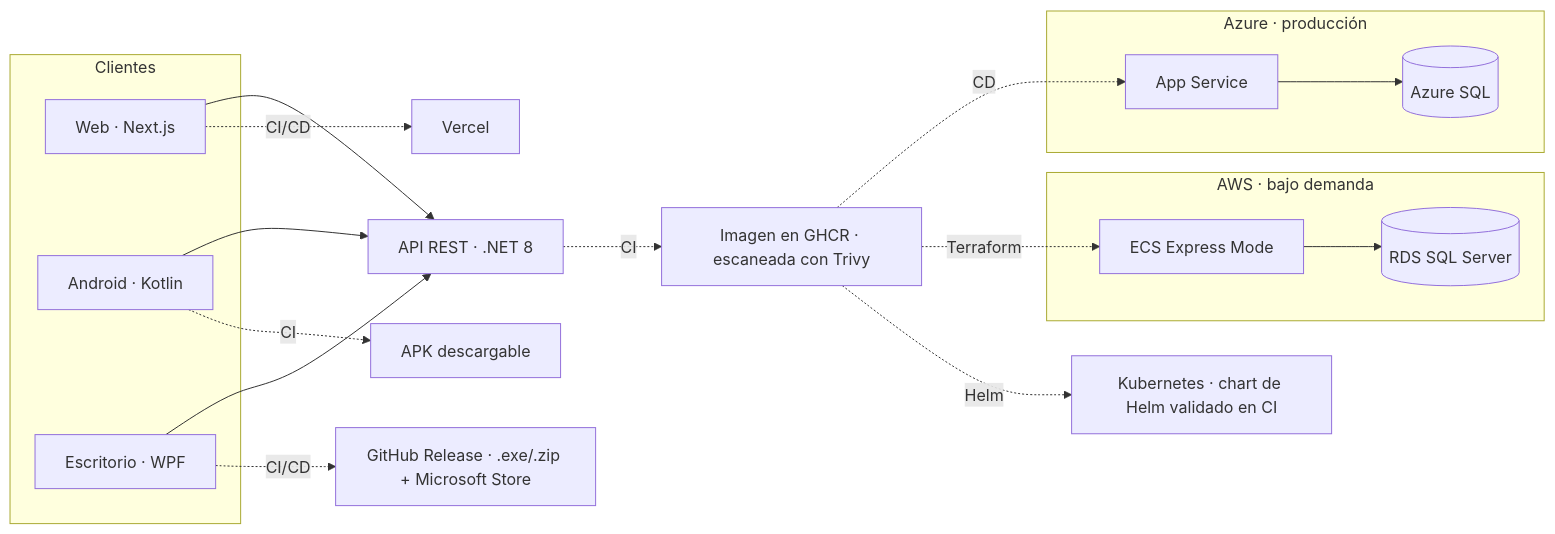
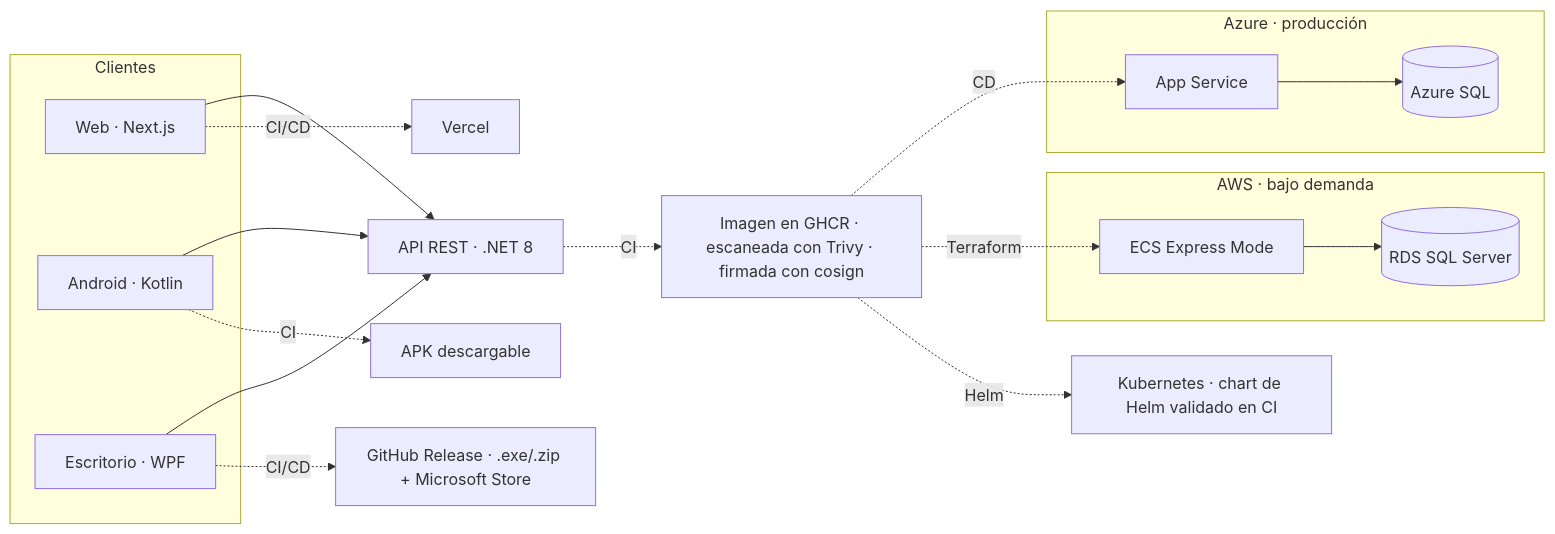
The second of 2 diagrams in README.md (antonicr1986/antonicr1986), drawn with Mermaid before and after one commit. The commit also changed other lines of this file, not shown here.

````diff
--- a/README.md
+++ b/README.md
@@ -246,34 +251,34 @@
 ```mermaid
 flowchart LR
     subgraph Clientes
         WEB[Web · Next.js]
         AND[Android · Kotlin]
         DESK[Escritorio · WPF]
     end
 
     API[API REST · .NET 8]
 
     subgraph AZURE[Azure · producción]
         AZ[App Service]
         DB[(Azure SQL)]
     end
 
     subgraph AWSC[AWS · bajo demanda]
         ECS[ECS Express Mode]
         RDS[(RDS SQL Server)]
     end
 
     WEB --> API
     AND --> API
     DESK --> API
     AZ --> DB
     ECS --> RDS
 
-    API -. CI .-> GHCR[Imagen en GHCR · escaneada con Trivy]
+    API -. CI .-> GHCR[Imagen en GHCR · escaneada con Trivy · firmada con cosign]
     GHCR -. CD .-> AZ
     GHCR -. Terraform .-> ECS
     WEB -. CI/CD .-> VER[Vercel]
     AND -. CI .-> APK[APK descargable]
     DESK -. CI/CD .-> REL[GitHub Release · .exe/.zip + Microsoft Store]
     GHCR -. Helm .-> K8S[Kubernetes · chart de Helm validado en CI]
 ```
````
